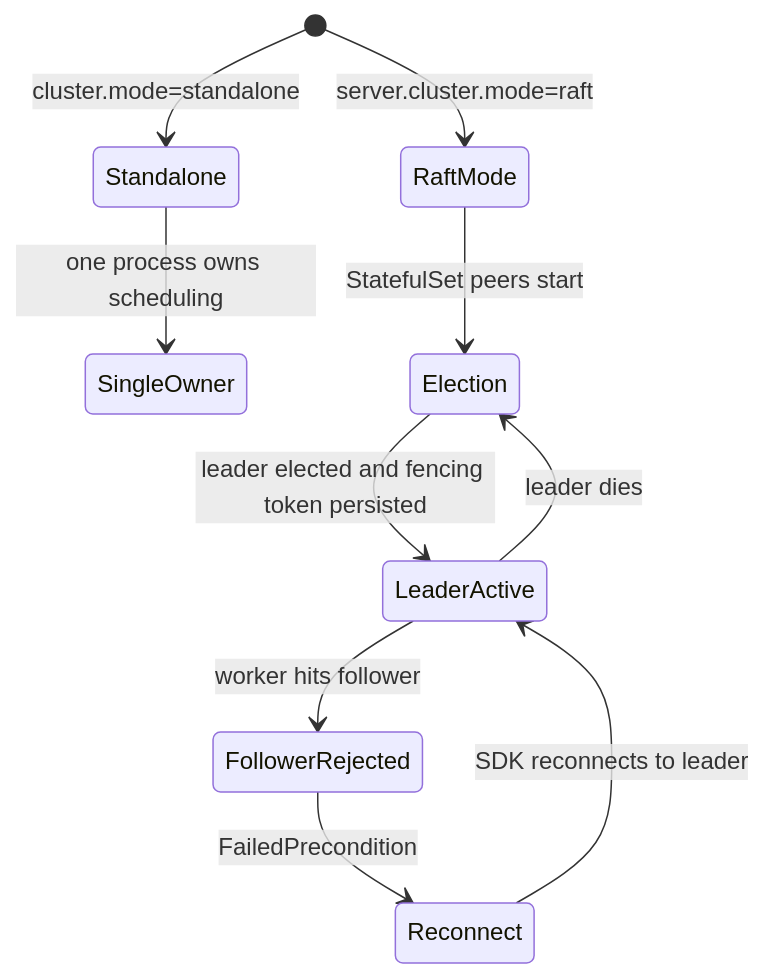
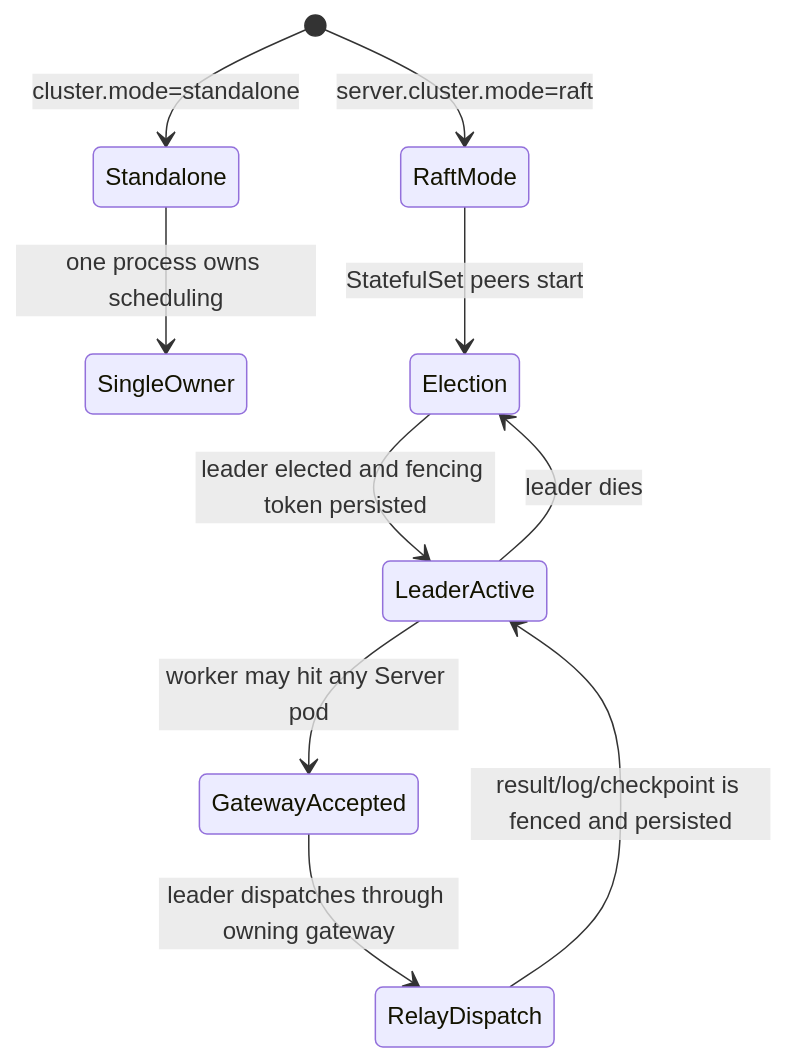
The second of 4 diagrams in docs/docs/deployment/server-ha.md (yhyzgn/tikeo), drawn with Mermaid before and after one commit. The commit also changed other lines of this file and 29 other files, not shown here.

First line of the commit message:
Route worker tunnels through gateway pods

````diff
--- a/docs/docs/deployment/server-ha.md
+++ b/docs/docs/deployment/server-ha.md
@@ -70,12 +70,12 @@
 ```mermaid
 stateDiagram-v2
   [*] --> Standalone: cluster.mode=standalone
   Standalone --> SingleOwner: one process owns scheduling
   [*] --> RaftMode: server.cluster.mode=raft
   RaftMode --> Election: StatefulSet peers start
   Election --> LeaderActive: leader elected and fencing token persisted
-  LeaderActive --> FollowerRejected: worker hits follower
-  FollowerRejected --> Reconnect: FailedPrecondition
-  Reconnect --> LeaderActive: SDK reconnects to leader
+  LeaderActive --> GatewayAccepted: worker may hit any Server pod
+  GatewayAccepted --> RelayDispatch: leader dispatches through owning gateway
+  RelayDispatch --> LeaderActive: result/log/checkpoint is fenced and persisted
   LeaderActive --> Election: leader dies
 ```
````
